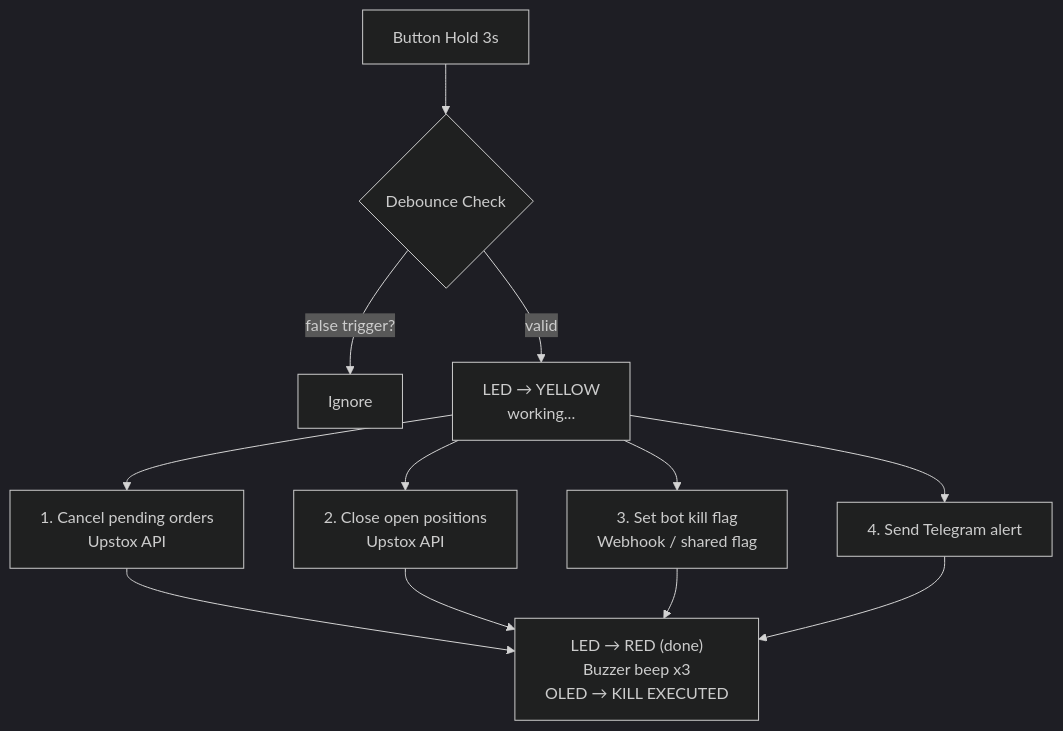
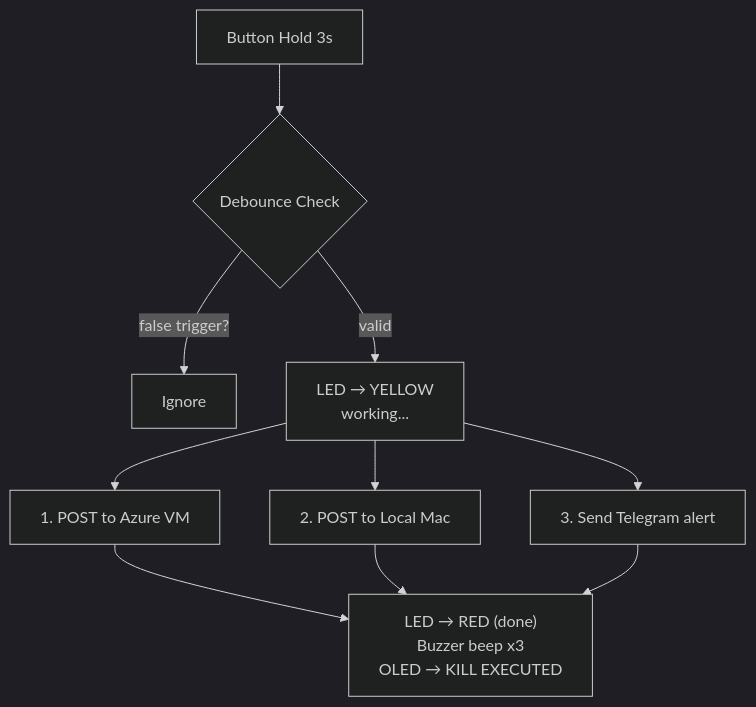
One commit to anzinmhd/esp32-trading-killswitch changed the second of 2 diagrams in README.md. Above: the diagram before and after it, drawn with Mermaid (dark theme). The commit also changed other lines of this file and 7 other files, not shown here.

````diff
--- a/README.md
+++ b/README.md
@@ -65,11 +81,10 @@
 ```mermaid
 flowchart TD
     A[Button Hold 3s] --> B{Debounce Check}
     B -- "false trigger?" --> C[Ignore]
     B -- valid --> D[LED → YELLOW <br> working...]
-    D --> E[1. Cancel pending orders <br> Upstox API]
-    D --> F[2. Close open positions <br> Upstox API]
-    D --> G[3. Set bot kill flag <br> Webhook / shared flag]
-    D --> H[4. Send Telegram alert]
-    E & F & G & H --> I["LED → RED (done) <br> Buzzer beep x3 <br> OLED → KILL EXECUTED"]
+    D --> E[1. POST to Azure VM]
+    D --> F[2. POST to Local Mac]
+    D --> G[3. Send Telegram alert]
+    E & F & G --> I["LED → RED (done) <br> Buzzer beep x3 <br> OLED → KILL EXECUTED"]
 ```
````
